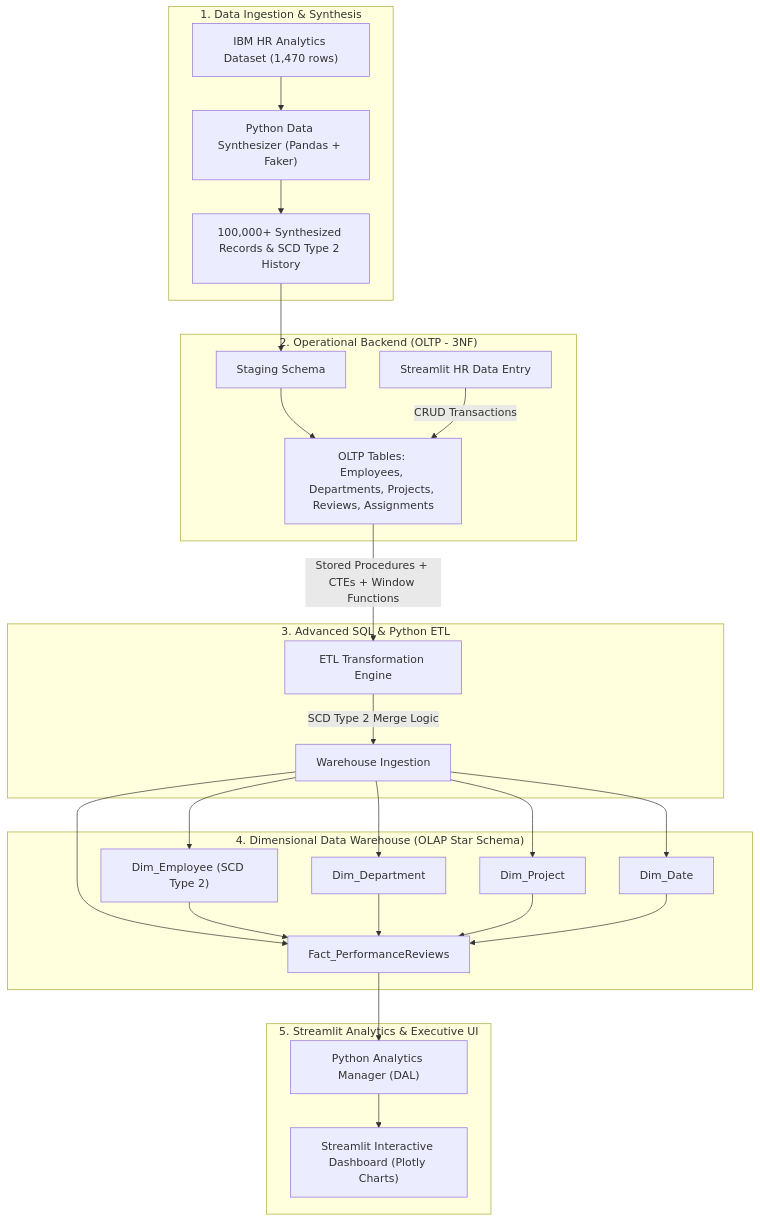
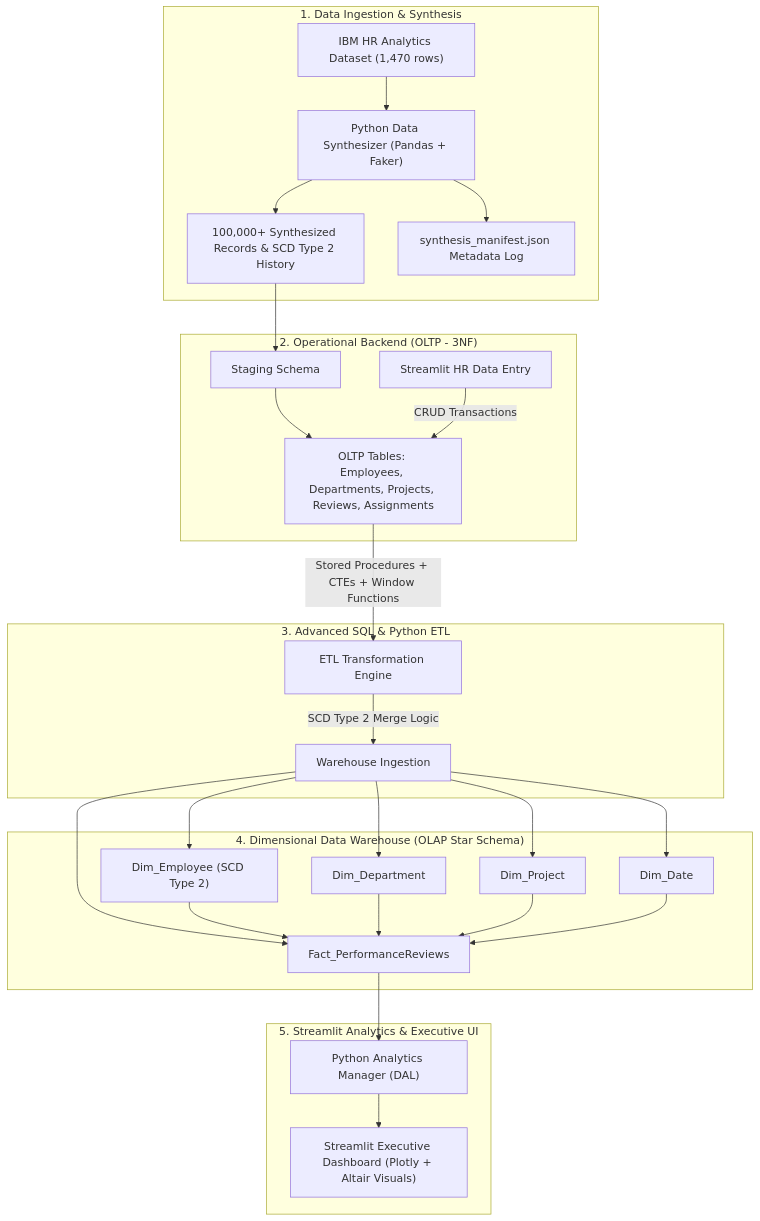
One commit to Pratikdesai4/Enterprise-Employee-Analytics-Data-Warehouse-System changed the diagram in README.md. Above: the diagram before and after it, drawn with Mermaid. The commit also changed other lines of this file and 27 other files, not shown here.

````diff
--- a/README.md
+++ b/README.md
@@ -55,36 +57,37 @@
 ```mermaid
 flowchart TD
     subgraph Data_Sourcing ["1. Data Ingestion & Synthesis"]
         IBM["IBM HR Analytics Dataset (1,470 rows)"] --> Synth["Python Data Synthesizer (Pandas + Faker)"]
         Synth --> Scale["100,000+ Synthesized Records & SCD Type 2 History"]
+        Synth --> Manifest["synthesis_manifest.json Metadata Log"]
     end
 
     subgraph OLTP_Layer ["2. Operational Backend (OLTP - 3NF)"]
         Scale --> Staging["Staging Schema"]
         Staging --> OLTP_Tables["OLTP Tables: Employees, Departments, Projects, Reviews, Assignments"]
         App_Entry["Streamlit HR Data Entry"] -->|CRUD Transactions| OLTP_Tables
     end
 
     subgraph ETL_Layer ["3. Advanced SQL & Python ETL"]
         OLTP_Tables -->|Stored Procedures + CTEs + Window Functions| ETL["ETL Transformation Engine"]
         ETL -->|SCD Type 2 Merge Logic| DW_Load["Warehouse Ingestion"]
     end
 
     subgraph OLAP_Layer ["4. Dimensional Data Warehouse (OLAP Star Schema)"]
         DW_Load --> DimEmp["Dim_Employee (SCD Type 2)"]
         DW_Load --> DimDept["Dim_Department"]
         DW_Load --> DimProj["Dim_Project"]
         DW_Load --> DimDate["Dim_Date"]
         DW_Load --> FactPerf["Fact_PerformanceReviews"]
         
         DimEmp --> FactPerf
         DimDept --> FactPerf
         DimProj --> FactPerf
         DimDate --> FactPerf
     end
 
     subgraph UI_Layer ["5. Streamlit Analytics & Executive UI"]
         FactPerf --> AnalyticsMgr["Python Analytics Manager (DAL)"]
-        AnalyticsMgr --> Dashboard["Streamlit Interactive Dashboard (Plotly Charts)"]
+        AnalyticsMgr --> Dashboard["Streamlit Executive Dashboard (Plotly + Altair Visuals)"]
     end
 ```
````
